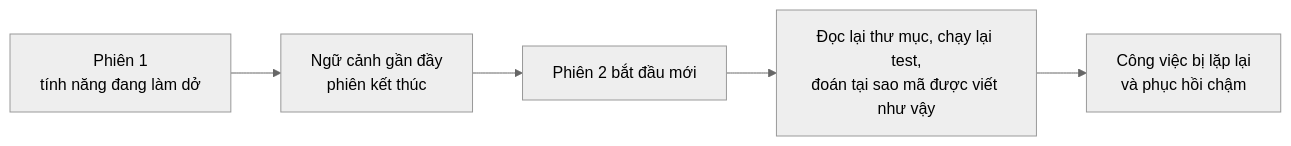
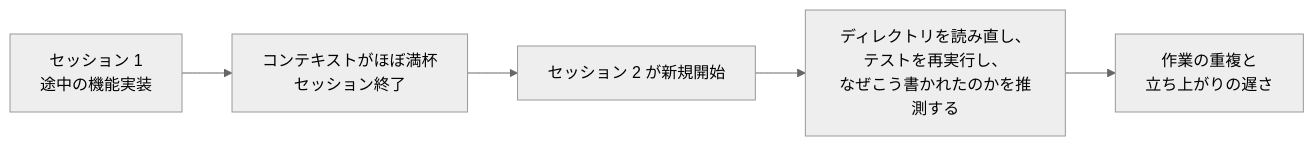
One commit to mkusaka/learn-harness-engineering changed the first of 2 diagrams in docs/vi/lectures/lecture-05-why-long-running-tasks-lose-continuity/index.md. Above: the diagram before and after it, drawn with Mermaid (neutral theme). The commit also changed other lines of this file and 571 other files, not shown here.

````diff
--- a/docs/vi/lectures/lecture-05-why-long-running-tasks-lose-continuity/index.md
+++ b/docs/vi/lectures/lecture-05-why-long-running-tasks-lose-continuity/index.md
@@ -26,7 +26,7 @@
 ```mermaid
 flowchart LR
-    S1["Phiên 1<br/>tính năng đang làm dở"] --> End1["Ngữ cảnh gần đầy<br/>phiên kết thúc"]
-    End1 --> S2["Phiên 2 bắt đầu mới"]
-    S2 --> Guess["Đọc lại thư mục, chạy lại test,<br/>đoán tại sao mã được viết như vậy"]
-    Guess --> Drift["Công việc bị lặp lại<br/>và phục hồi chậm"]
+    S1["セッション 1<br/>途中の機能実装"] --> End1["コンテキストがほぼ満杯<br/>セッション終了"]
+    End1 --> S2["セッション 2 が新規開始"]
+    S2 --> Guess["ディレクトリを読み直し、テストを再実行し、<br/>なぜこう書かれたのかを推測する"]
+    Guess --> Drift["作業の重複と<br/>立ち上がりの遅さ"]
 ```
````
